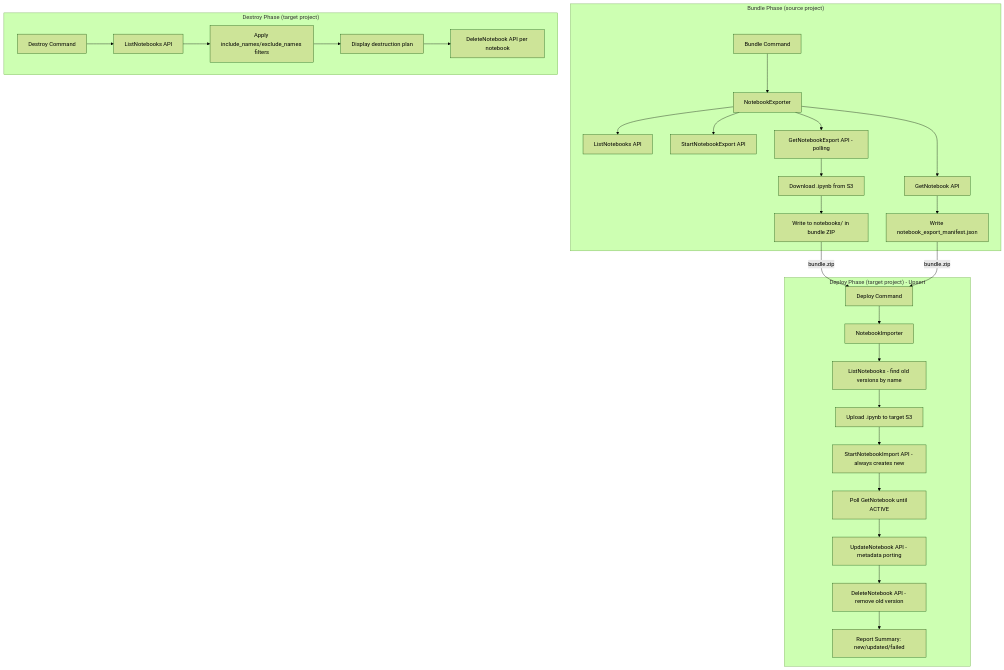
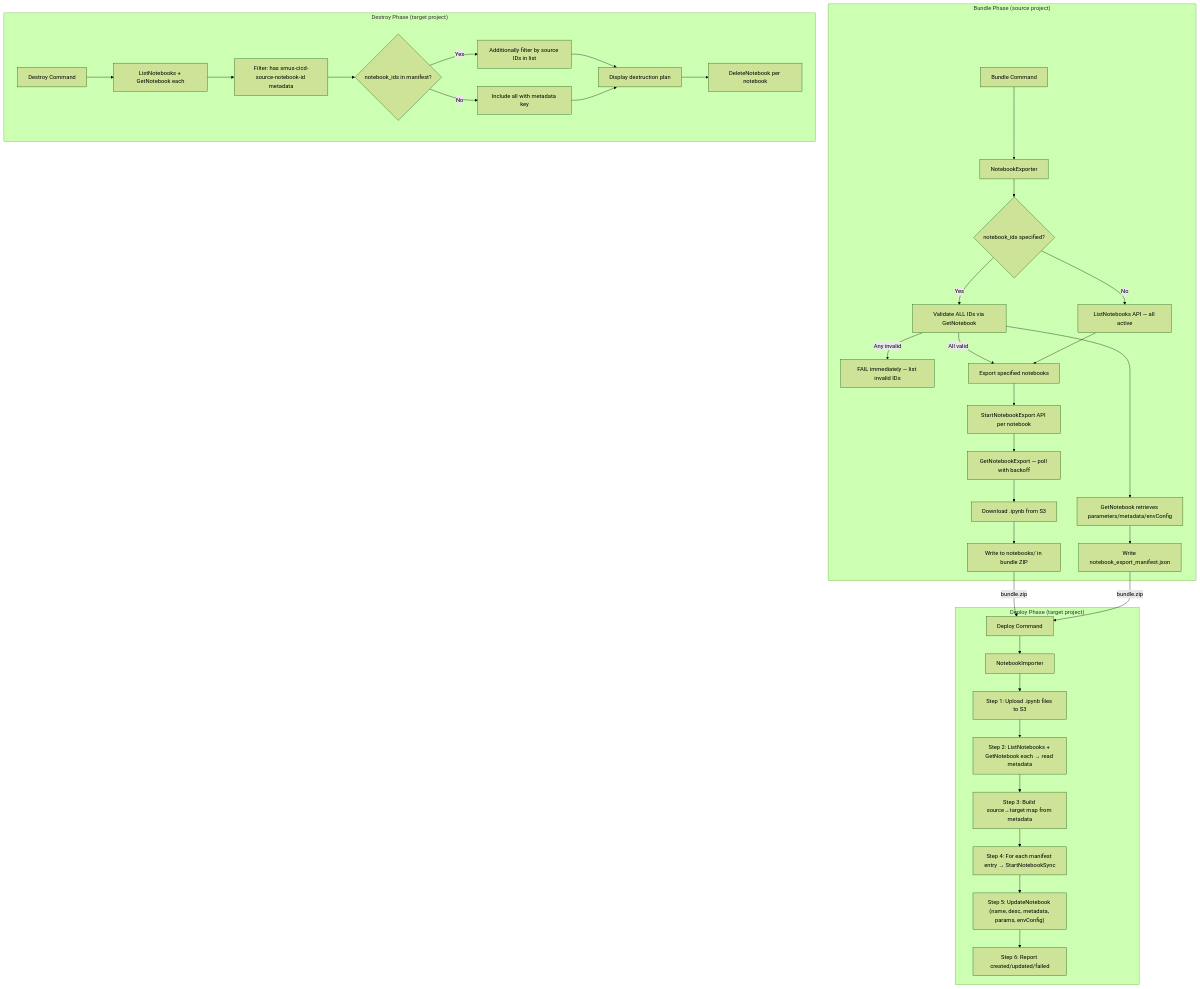
The diagram in .kiro/specs/data-notebooks-support/design.md (aws/CICD-for-SageMakerUnifiedStudio), drawn with Mermaid (forest theme) before and after one commit. The commit also changed other lines of this file and 2 other files, not shown here.

First line of the commit message:
feat(notebooks): Rewrite spec to use StartNotebookSync architecture

````diff
--- a/.kiro/specs/data-notebooks-support/design.md
+++ b/.kiro/specs/data-notebooks-support/design.md
@@ -31,34 +37,42 @@
 ```mermaid
 graph TD
     subgraph BundlePhase["Bundle Phase (source project)"]
         A[Bundle Command] --> B[NotebookExporter]
-        B --> C[ListNotebooks API]
-        B --> D[GetNotebook API]
-        B --> E[StartNotebookExport API]
-        B --> F[GetNotebookExport API - polling]
+        B --> B1{notebook_ids specified?}
+        B1 -->|Yes| B2[Validate ALL IDs via GetNotebook]
+        B2 -->|Any invalid| B3[FAIL immediately — list invalid IDs]
+        B2 -->|All valid| B4[Export specified notebooks]
+        B1 -->|No| B5[ListNotebooks API — all active]
+        B5 --> B4
+        B4 --> E[StartNotebookExport API per notebook]
+        E --> F[GetNotebookExport — poll with backoff]
         F --> G[Download .ipynb from S3]
         G --> H[Write to notebooks/ in bundle ZIP]
-        D --> I[Write notebook_export_manifest.json]
+        B2 --> I[GetNotebook retrieves parameters/metadata/envConfig]
+        I --> J[Write notebook_export_manifest.json]
     end
 
-    subgraph DeployPhase["Deploy Phase (target project) - Upsert"]
-        J[Deploy Command] --> K[NotebookImporter]
-        K --> K1[ListNotebooks - find old versions by name]
-        K1 --> L[Upload .ipynb to target S3]
-        L --> M[StartNotebookImport API - always creates new]
-        M --> N[Poll GetNotebook until ACTIVE]
-        N --> O[UpdateNotebook API - metadata porting]
-        O --> O1[DeleteNotebook API - remove old version]
-        O1 --> P[Report Summary: new/updated/failed]
+    subgraph DeployPhase["Deploy Phase (target project)"]
+        K[Deploy Command] --> L[NotebookImporter]
+        L --> L1["Step 1: Upload .ipynb files to S3"]
+        L1 --> L2["Step 2: ListNotebooks + GetNotebook each → read metadata"]
+        L2 --> L3["Step 3: Build source→target map from metadata"]
+        L3 --> L4["Step 4: For each manifest entry → StartNotebookSync"]
+        L4 --> L5["Step 5: UpdateNotebook (name, desc, metadata, params, envConfig)"]
+        L5 --> L6["Step 6: Report created/updated/failed"]
     end
 
     subgraph DestroyPhase["Destroy Phase (target project)"]
-        Q[Destroy Command] --> R[ListNotebooks API]
-        R --> R1[Apply include_names/exclude_names filters]
-        R1 --> S[Display destruction plan]
-        S --> T[DeleteNotebook API per notebook]
+        Q[Destroy Command] --> R["ListNotebooks + GetNotebook each"]
+        R --> R1["Filter: has smus-cicd-source-notebook-id metadata"]
+        R1 --> R2{"notebook_ids in manifest?"}
+        R2 -->|Yes| R3["Additionally filter by source IDs in list"]
+        R2 -->|No| R4["Include all with metadata key"]
+        R3 --> S[Display destruction plan]
+        R4 --> S
+        S --> T[DeleteNotebook per notebook]
     end
 
-    H --> |bundle.zip| J
-    I --> |bundle.zip| J
+    H --> |bundle.zip| K
+    J --> |bundle.zip| K
 ```
````
